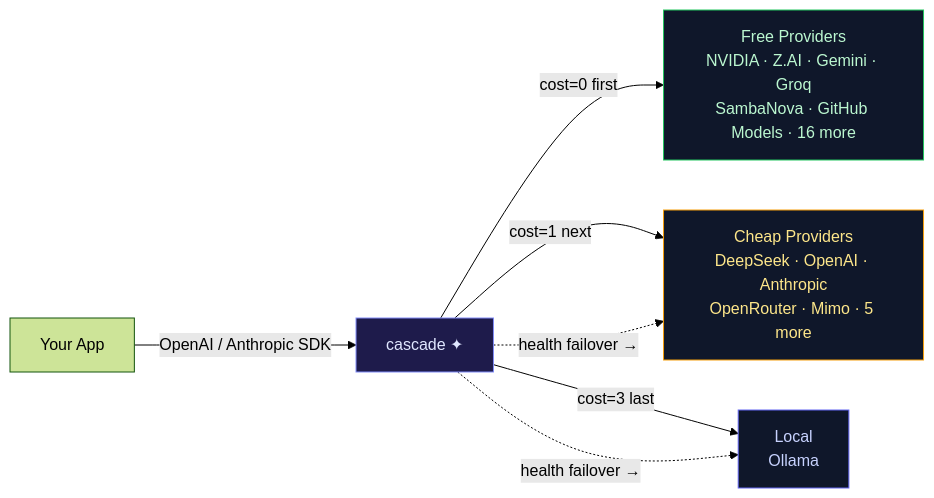
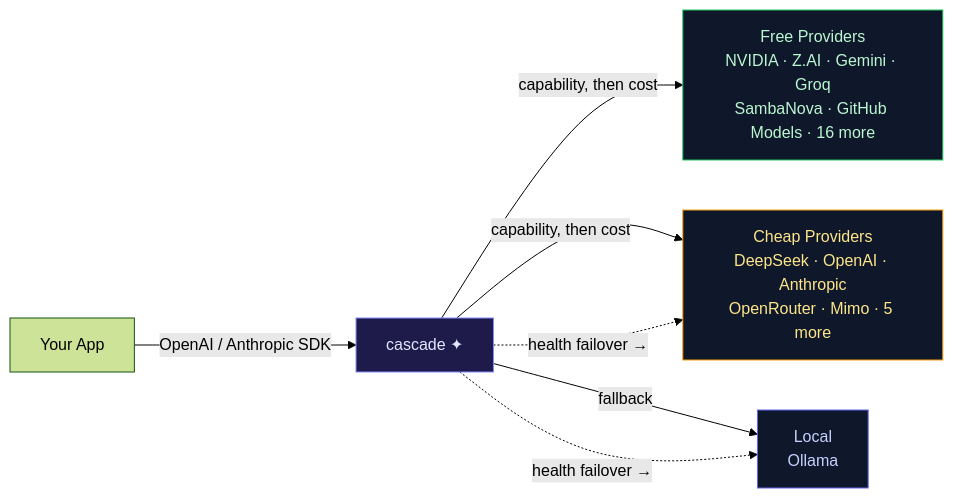
One commit to chrisluersen/cascade changed the diagram in README.md. Above: the diagram before and after it, drawn with Mermaid (forest theme). The commit also changed other lines of this file and 4 other files, not shown here.

````diff
--- a/README.md
+++ b/README.md
@@ -20,18 +20,18 @@
 ```mermaid
 flowchart LR
     App[Your App]
     C[cascade ✦]
     F[Free Providers<br/>NVIDIA · Z.AI · Gemini · Groq<br/>SambaNova · GitHub Models · 16 more]
     P[Cheap Providers<br/>DeepSeek · OpenAI · Anthropic<br/>OpenRouter · Mimo · 5 more]
     L[Local<br/>Ollama]
     App -->|"OpenAI / Anthropic SDK"| C
-    C -->|"cost=0 first"| F
-    C -->|"cost=1 next"| P
-    C -->|"cost=3 last"| L
+    C -->|"capability, then cost"| F
+    C -->|"capability, then cost"| P
+    C -->|"fallback"| L
     C -. "health failover →" .-> P
     C -. "health failover →" .-> L
     style C fill:#1e1b4b,stroke:#818cf8,color:#e0e7ff
     style F fill:#0f172a,stroke:#22c55e,color:#bbf7d0
     style P fill:#0f172a,stroke:#f59e0b,color:#fde68a
     style L fill:#0f172a,stroke:#6366f1,color:#c7d2fe
 ```
````
